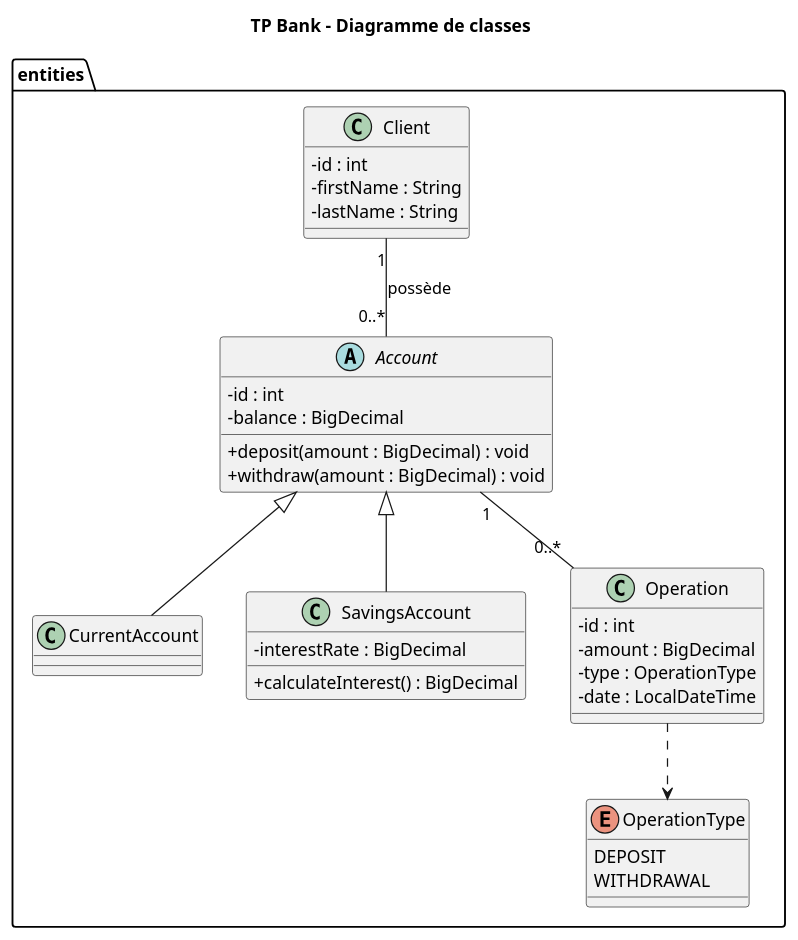
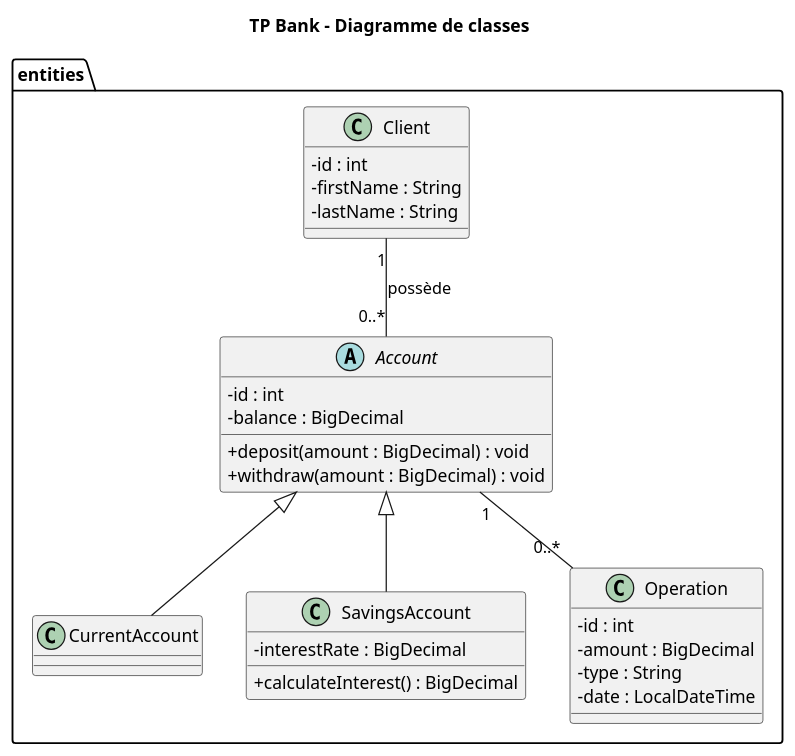
Before and after one commit to alfaro-b/TPBank-DesignPattern: the diagram in doc/DiagrammeClasses.puml, drawn with PlantUML.

Commit message:
Simplification du type des opérations bancaires

```diff
--- a/doc/DiagrammeClasses.puml
+++ b/doc/DiagrammeClasses.puml
@@ -2,53 +2,48 @@
 @startuml
 
 skinparam classAttributeIconSize 0
 
 title TP Bank - Diagramme de classes
 
 package entities {
 
     class Client {
         - id : int
         - firstName : String
         - lastName : String
     }
 
     abstract class Account {
         - id : int
         - balance : BigDecimal
 
         + deposit(amount : BigDecimal) : void
         + withdraw(amount : BigDecimal) : void
     }
 
     class CurrentAccount {
     }
 
     class SavingsAccount {
         - interestRate : BigDecimal
 
         + calculateInterest() : BigDecimal
     }
 
     class Operation {
         - id : int
         - amount : BigDecimal
-        - type : OperationType
+        - type : String
         - date : LocalDateTime
     }
 
-    enum OperationType {
-        DEPOSIT
-        WITHDRAWAL
-    }
 
     Client "1" -- "0..*" Account : possède
     Account "1" -- "0..*" Operation
 
     Account <|-- CurrentAccount
     Account <|-- SavingsAccount
 
-    Operation ..> OperationType
 }
 
 @enduml
```
